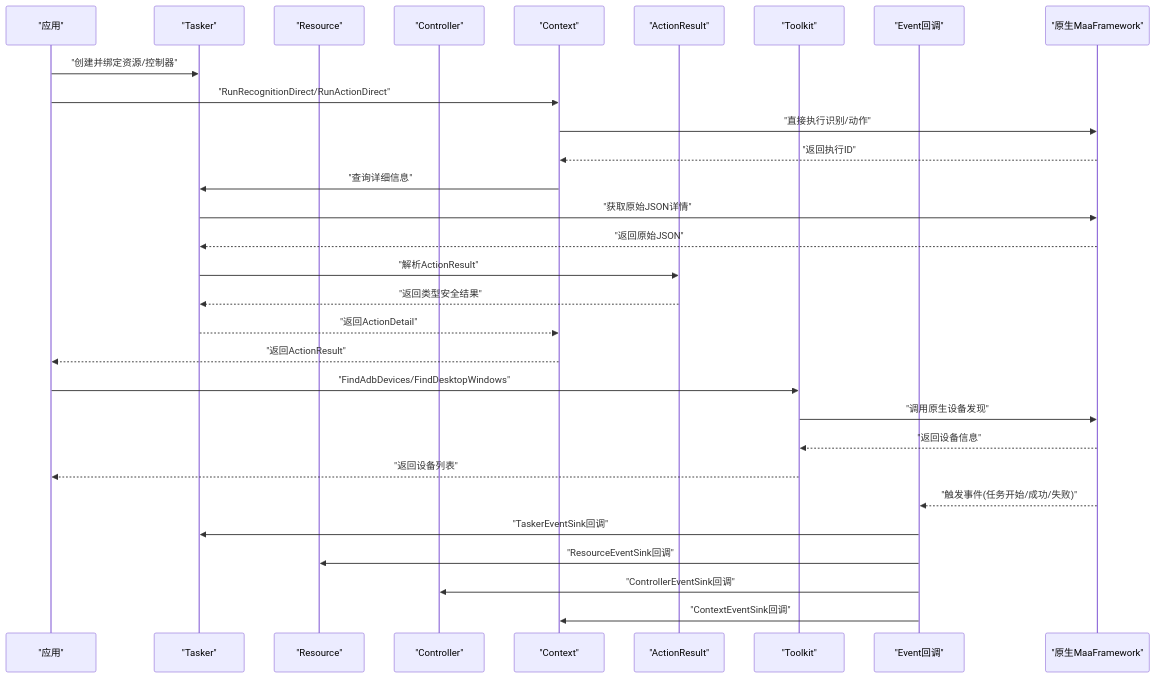
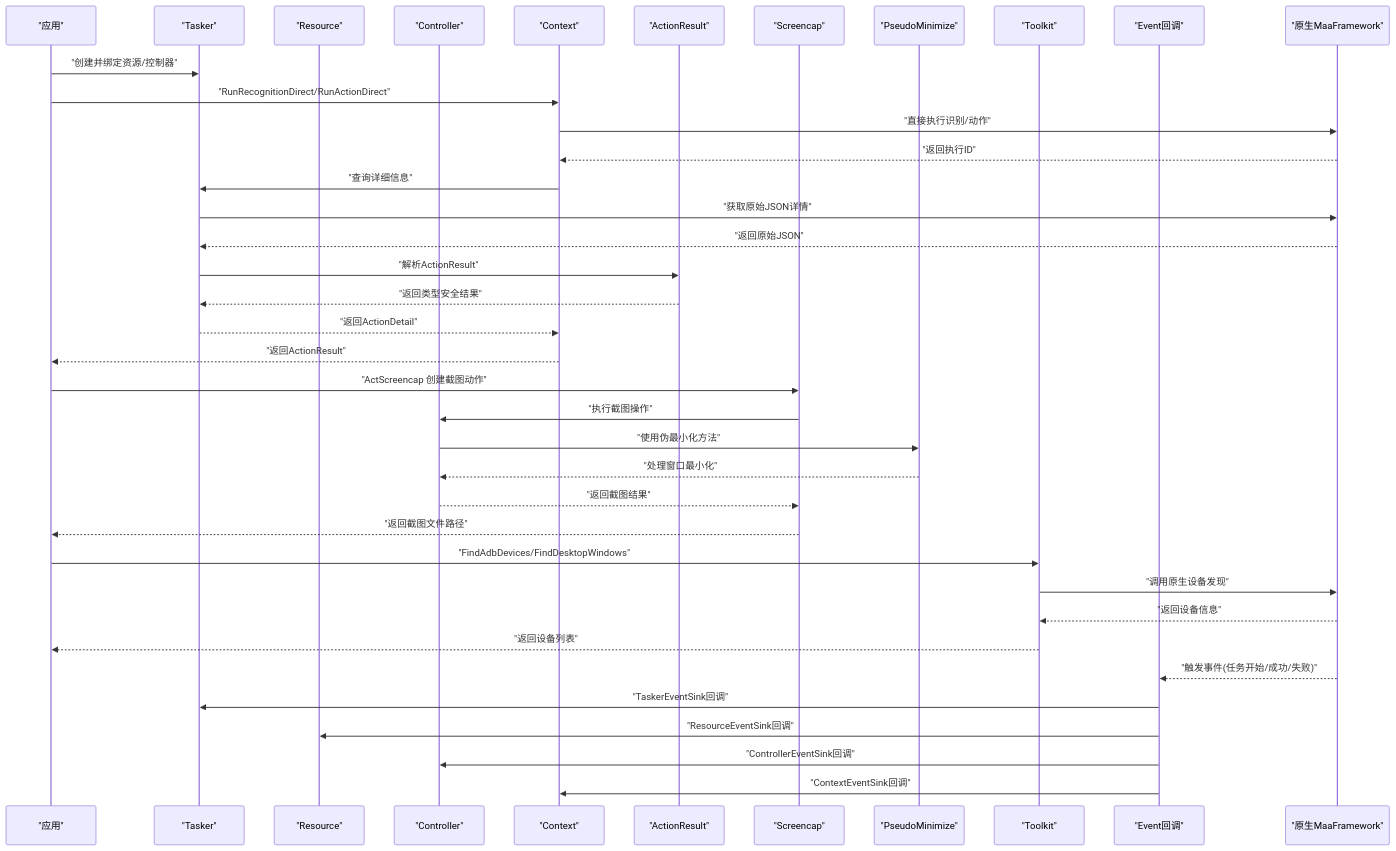
Before and after one commit to kqcoxn/MaaPipelineEditor: the second of 11 diagrams in .qoder/repowiki/zh/content/API 参考/maafw-golang API 参考.md, drawn with Mermaid. The commit also changed other lines of this file and 14 other files, not shown here.

````diff
--- a/.qoder/repowiki/zh/content/API 参考/maafw-golang API 参考.md
+++ b/.qoder/repowiki/zh/content/API 参考/maafw-golang API 参考.md
@@ -168,32 +180,40 @@
 ```mermaid
 sequenceDiagram
 participant App as "应用"
 participant Tasker as "Tasker"
 participant Res as "Resource"
 participant Ctrl as "Controller"
 participant Ctx as "Context"
 participant AR as "ActionResult"
+participant SC as "Screencap"
+participant PM as "PseudoMinimize"
 participant TK as "Toolkit"
 participant Ev as "Event回调"
 participant Native as "原生MaaFramework"
 App->>Tasker : "创建并绑定资源/控制器"
 App->>Ctx : "RunRecognitionDirect/RunActionDirect"
 Ctx->>Native : "直接执行识别/动作"
 Native-->>Ctx : "返回执行ID"
 Ctx->>Tasker : "查询详细信息"
 Tasker->>Native : "获取原始JSON详情"
 Native-->>Tasker : "返回原始JSON"
 Tasker->>AR : "解析ActionResult"
 AR-->>Tasker : "返回类型安全结果"
 Tasker-->>Ctx : "返回ActionDetail"
 Ctx-->>App : "返回ActionResult"
+App->>SC : "ActScreencap 创建截图动作"
+SC->>Ctrl : "执行截图操作"
+Ctrl->>PM : "使用伪最小化方法"
+PM-->>Ctrl : "处理窗口最小化"
+Ctrl-->>SC : "返回截图结果"
+SC-->>App : "返回截图文件路径"
 App->>TK : "FindAdbDevices/FindDesktopWindows"
 TK->>Native : "调用原生设备发现"
 Native-->>TK : "返回设备信息"
 TK-->>App : "返回设备列表"
 Native-->>Ev : "触发事件(任务开始/成功/失败)"
 Ev->>Tasker : "TaskerEventSink回调"
 Ev->>Res : "ResourceEventSink回调"
 Ev->>Ctrl : "ControllerEventSink回调"
 Ev->>Ctx : "ContextEventSink回调"
 ```
````
